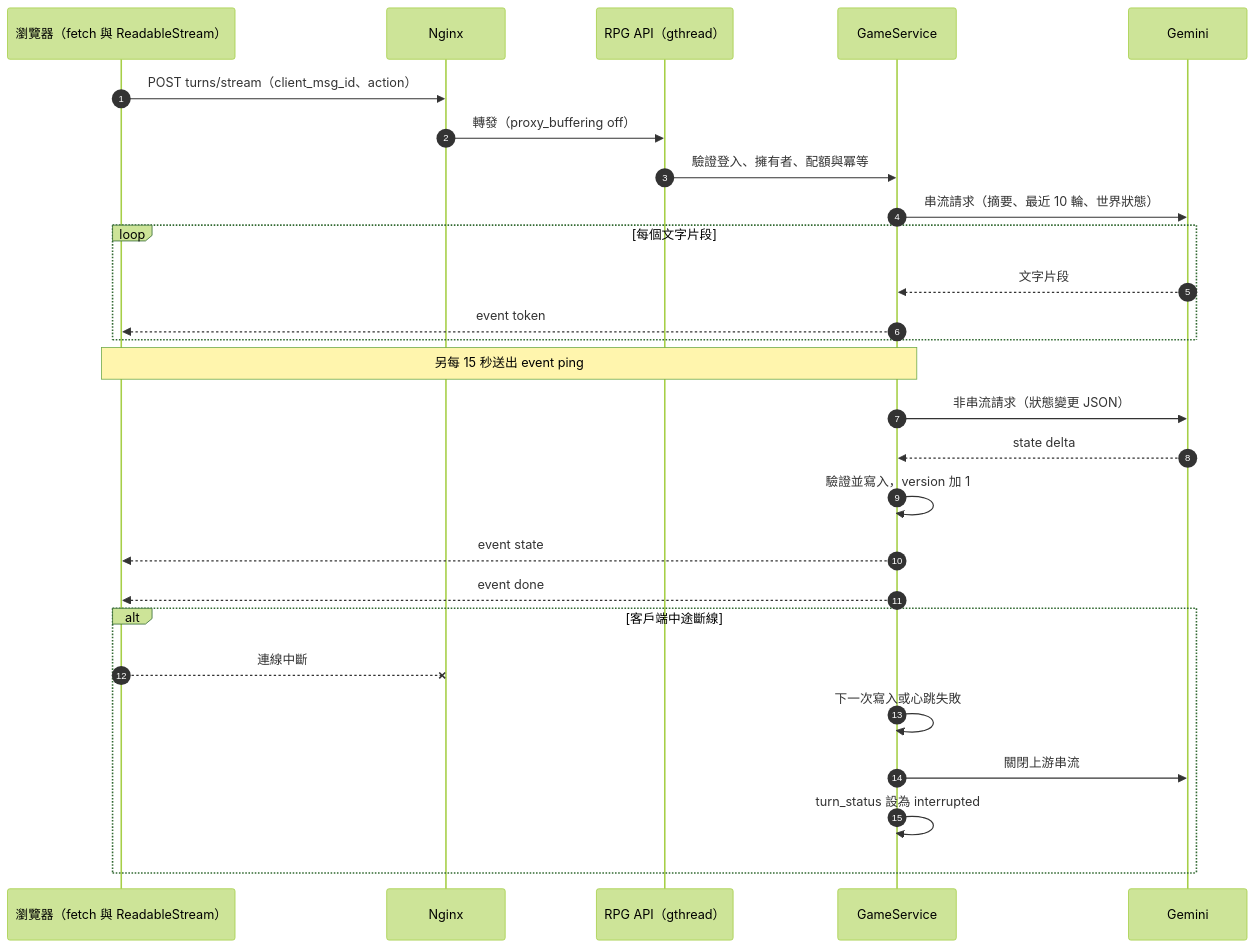
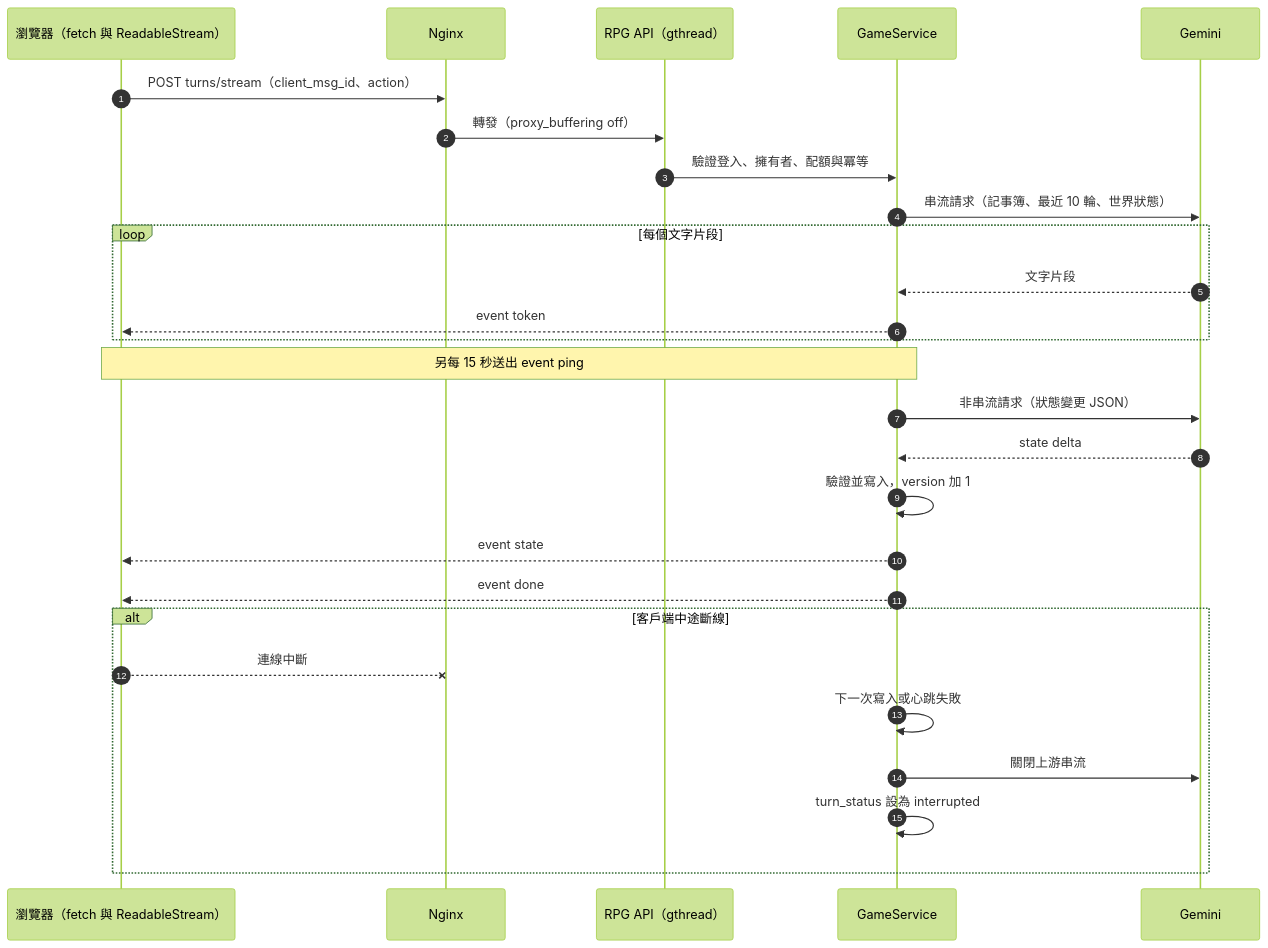
The third of 10 diagrams in docs/RPG.md (pp466pp466/R.A.C), drawn with Mermaid (forest theme) before and after one commit. The commit also changed other lines of this file and 9 other files, not shown here.

````diff
--- a/docs/RPG.md
+++ b/docs/RPG.md
@@ -183,29 +186,29 @@
 ```mermaid
 sequenceDiagram
     autonumber
     participant C as 瀏覽器（fetch 與 ReadableStream）
     participant N as Nginx
     participant A as RPG API（gthread）
     participant S as GameService
     participant G as Gemini
     C->>N: POST turns/stream（client_msg_id、action）
     N->>A: 轉發（proxy_buffering off）
     A->>S: 驗證登入、擁有者、配額與冪等
-    S->>G: 串流請求（摘要、最近 10 輪、世界狀態）
+    S->>G: 串流請求（記事簿、最近 10 輪、世界狀態）
     loop 每個文字片段
         G-->>S: 文字片段
         S-->>C: event token
     end
     Note over S,C: 另每 15 秒送出 event ping
     S->>G: 非串流請求（狀態變更 JSON）
     G-->>S: state delta
     S->>S: 驗證並寫入，version 加 1
     S-->>C: event state
     S-->>C: event done
     alt 客戶端中途斷線
         C--xN: 連線中斷
         S->>S: 下一次寫入或心跳失敗
         S->>G: 關閉上游串流
         S->>S: turn_status 設為 interrupted
     end
 ```
````
